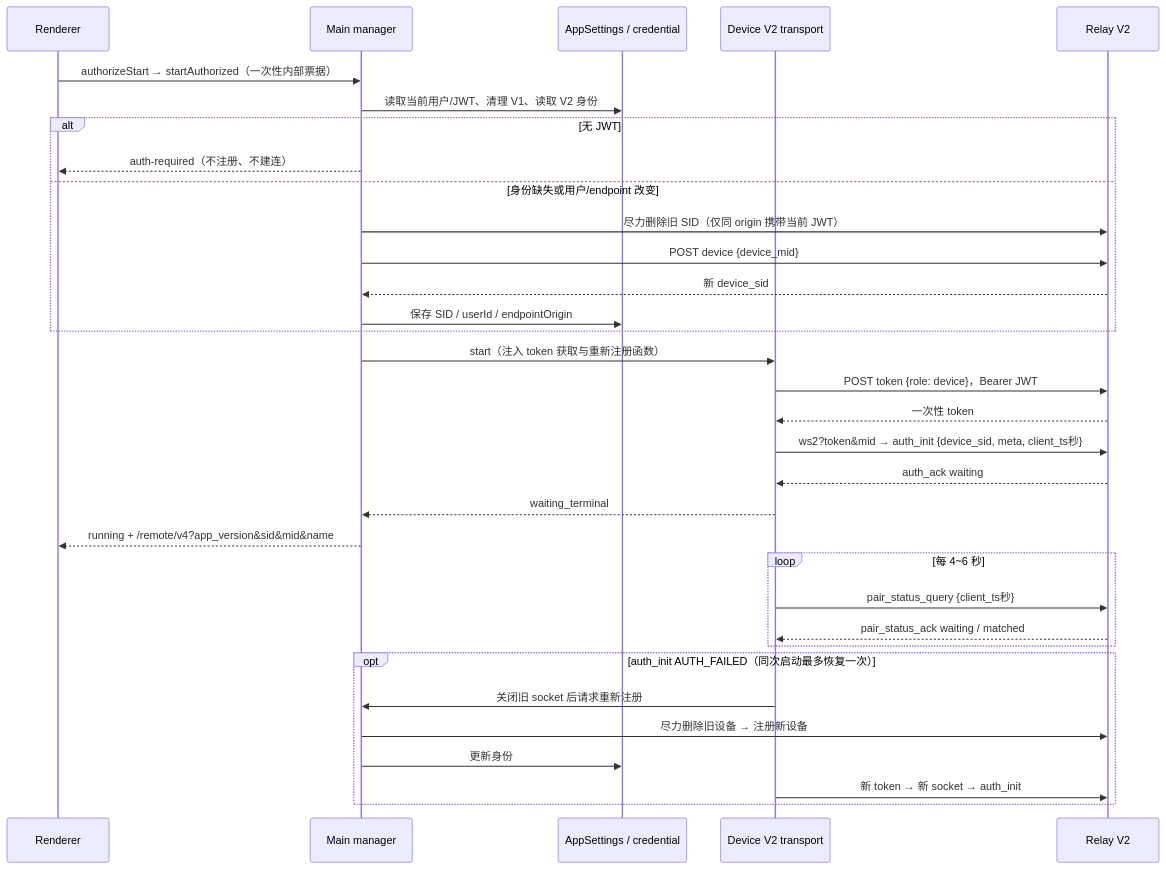
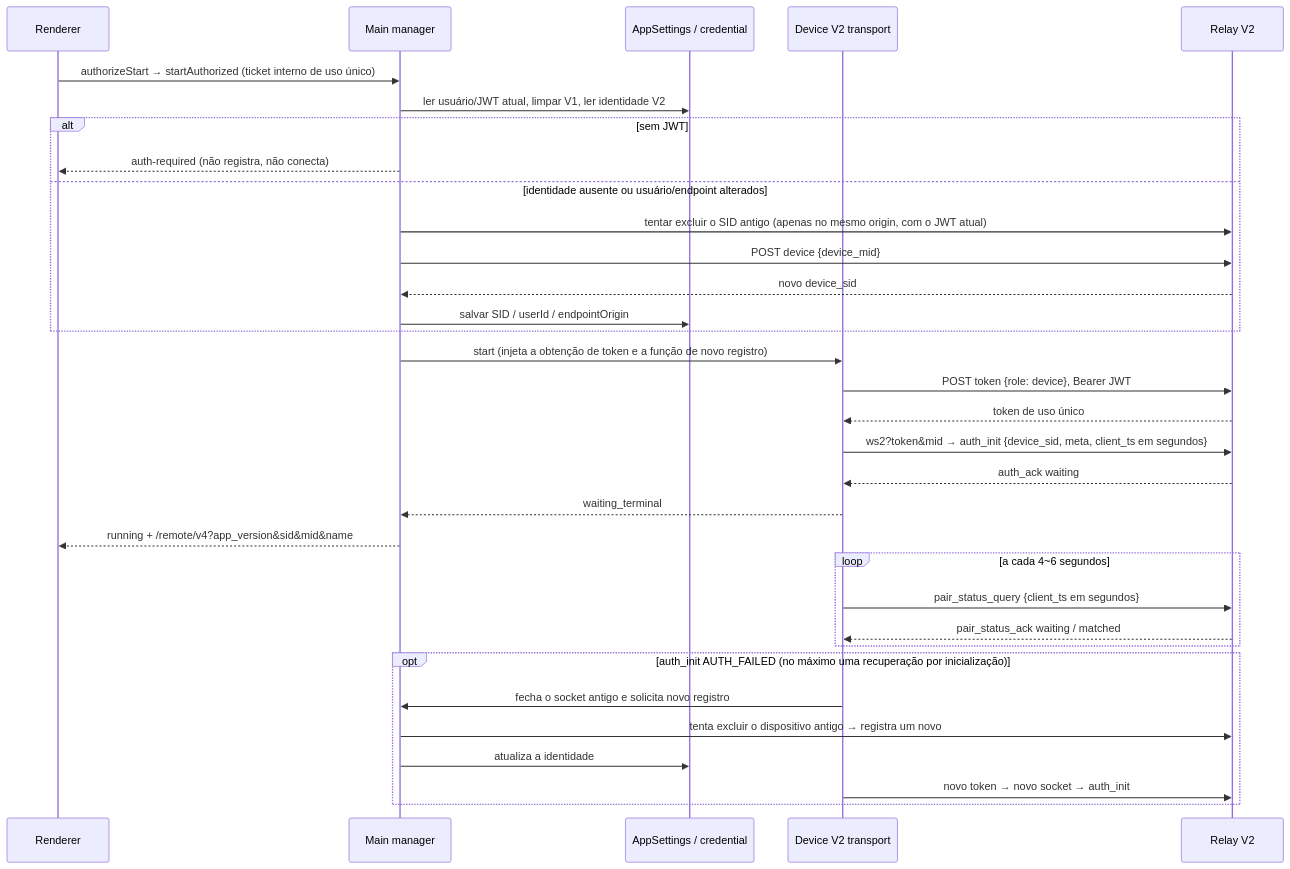
The second of 6 diagrams in docs/web-remote-control/relay-v2-pairing.md (JoaoNetoDev/BR-Code), drawn with Mermaid before and after one commit. The commit also changed other lines of this file and 177 other files, not shown here.

````diff
--- a/docs/web-remote-control/relay-v2-pairing.md
+++ b/docs/web-remote-control/relay-v2-pairing.md
@@ -93,35 +93,35 @@
 ```mermaid
 sequenceDiagram
     participant UI as Renderer
     participant M as Main manager
     participant S as AppSettings / credential
     participant D as Device V2 transport
     participant R as Relay V2
-    UI->>M: authorizeStart → startAuthorized（一次性内部票据）
-    M->>S: 读取当前用户/JWT、清理 V1、读取 V2 身份
-    alt 无 JWT
-        M-->>UI: auth-required（不注册、不建连）
-    else 身份缺失或用户/endpoint 改变
-        M->>R: 尽力删除旧 SID（仅同 origin 携带当前 JWT）
+    UI->>M: authorizeStart → startAuthorized (ticket interno de uso único)
+    M->>S: ler usuário/JWT atual, limpar V1, ler identidade V2
+    alt sem JWT
+        M-->>UI: auth-required (não registra, não conecta)
+    else identidade ausente ou usuário/endpoint alterados
+        M->>R: tentar excluir o SID antigo (apenas no mesmo origin, com o JWT atual)
         M->>R: POST device {device_mid}
-        R-->>M: 新 device_sid
-        M->>S: 保存 SID / userId / endpointOrigin
+        R-->>M: novo device_sid
+        M->>S: salvar SID / userId / endpointOrigin
     end
-    M->>D: start（注入 token 获取与重新注册函数）
-    D->>R: POST token {role: device}，Bearer JWT
-    R-->>D: 一次性 token
-    D->>R: ws2?token&mid → auth_init {device_sid, meta, client_ts秒}
+    M->>D: start (injeta a obtenção de token e a função de novo registro)
+    D->>R: POST token {role: device}, Bearer JWT
+    R-->>D: token de uso único
+    D->>R: ws2?token&mid → auth_init {device_sid, meta, client_ts em segundos}
     R-->>D: auth_ack waiting
     D-->>M: waiting_terminal
     M-->>UI: running + /remote/v4?app_version&sid&mid&name
-    loop 每 4~6 秒
-        D->>R: pair_status_query {client_ts秒}
+    loop a cada 4~6 segundos
+        D->>R: pair_status_query {client_ts em segundos}
         R-->>D: pair_status_ack waiting / matched
     end
-    opt auth_init AUTH_FAILED（同次启动最多恢复一次）
-        D->>M: 关闭旧 socket 后请求重新注册
-        M->>R: 尽力删除旧设备 → 注册新设备
-        M->>S: 更新身份
-        D->>R: 新 token → 新 socket → auth_init
+    opt auth_init AUTH_FAILED (no máximo uma recuperação por inicialização)
+        D->>M: fecha o socket antigo e solicita novo registro
+        M->>R: tenta excluir o dispositivo antigo → registra um novo
+        M->>S: atualiza a identidade
+        D->>R: novo token → novo socket → auth_init
     end
 ```
````
